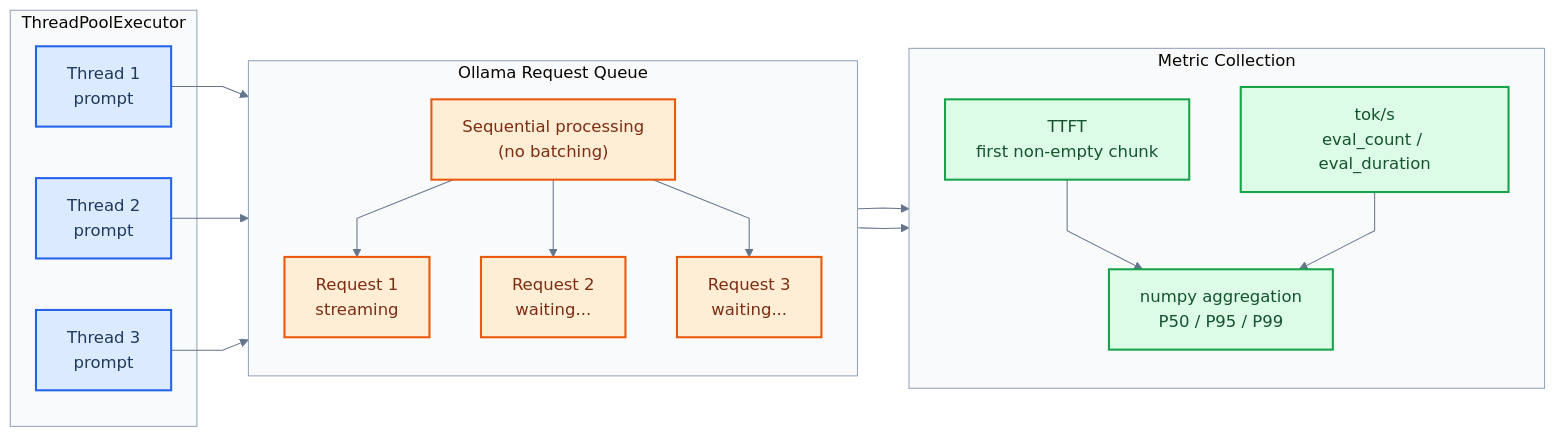
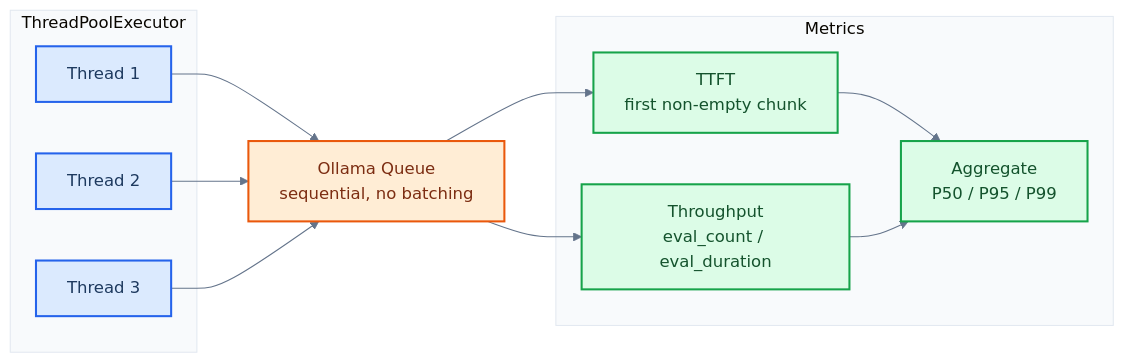
The fourth of 4 diagrams in README.md (jameswniu/self-hosted-llm-evals-lab), drawn with Mermaid before and after one commit. The commit also changed other lines of this file, not shown here.

First line of the commit message:
polish Mermaid diagrams for readability

````diff
--- a/README.md
+++ b/README.md
@@ -219,36 +173,29 @@
 ```mermaid
-%%{init: {'theme':'base', 'themeVariables': {'lineColor': '#64748b', 'clusterBkg': '#f8fafc', 'clusterBorder': '#94a3b8'}, 'flowchart': {'curve': 'linear'}}}%%
+%%{init: {'theme': 'base', 'themeVariables': {'lineColor': '#64748b', 'clusterBkg': '#f8fafc', 'clusterBorder': '#e2e8f0'}}}%%
 flowchart LR
-    classDef client fill:#dbeafe,stroke:#2563eb,color:#1e3a5f,stroke-width:2px
-    classDef queue fill:#ffedd5,stroke:#ea580c,color:#7c2d12,stroke-width:2px
-    classDef metrics fill:#dcfce7,stroke:#16a34a,color:#14532d,stroke-width:2px
+    classDef blue fill:#dbeafe,stroke:#2563eb,color:#1e3a5f,stroke-width:2px
+    classDef orange fill:#ffedd5,stroke:#ea580c,color:#7c2d12,stroke-width:2px
+    classDef green fill:#dcfce7,stroke:#16a34a,color:#14532d,stroke-width:2px
 
-    subgraph Clients["ThreadPoolExecutor"]
-        C1["Thread 1<br/>prompt"]:::client
-        C2["Thread 2<br/>prompt"]:::client
-        C3["Thread 3<br/>prompt"]:::client
+    subgraph pool ["ThreadPoolExecutor"]
+        C1["Thread 1"]:::blue
+        C2["Thread 2"]:::blue
+        C3["Thread 3"]:::blue
     end
 
-    subgraph Queue["Ollama Request Queue"]
-        direction TB
-        Q["Sequential processing<br/>(no batching)"]:::queue
-        Q --> R1["Request 1<br/>streaming"]:::queue
-        Q --> R2["Request 2<br/>waiting..."]:::queue
-        Q --> R3["Request 3<br/>waiting..."]:::queue
-    end
+    Q["Ollama Queue<br/>sequential, no batching"]:::orange
 
-    subgraph Metrics["Metric Collection"]
-        direction TB
-        TTFT["TTFT<br/>first non-empty chunk"]:::metrics
-        TPS["tok/s<br/>eval_count / eval_duration"]:::metrics
-        AGG["numpy aggregation<br/>P50 / P95 / P99"]:::metrics
-        TTFT --> AGG
-        TPS --> AGG
+    subgraph metrics ["Metrics"]
+        TTFT["TTFT<br/>first non-empty chunk"]:::green
+        TPS["Throughput<br/>eval_count / eval_duration"]:::green
+        AGG["Aggregate<br/>P50 / P95 / P99"]:::green
     end
 
     C1 --> Q
     C2 --> Q
     C3 --> Q
-    R1 --> TTFT
-    R1 --> TPS
+    Q --> TTFT
+    Q --> TPS
+    TTFT --> AGG
+    TPS --> AGG
 ```
````
